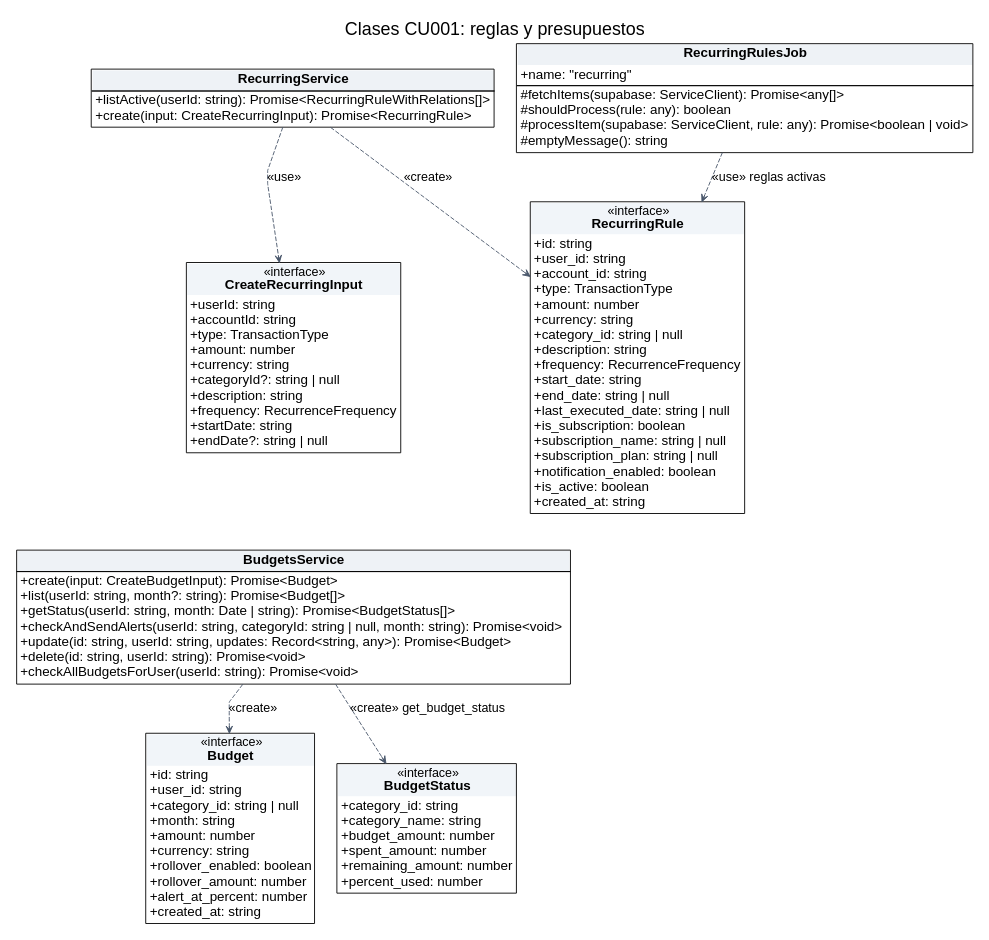
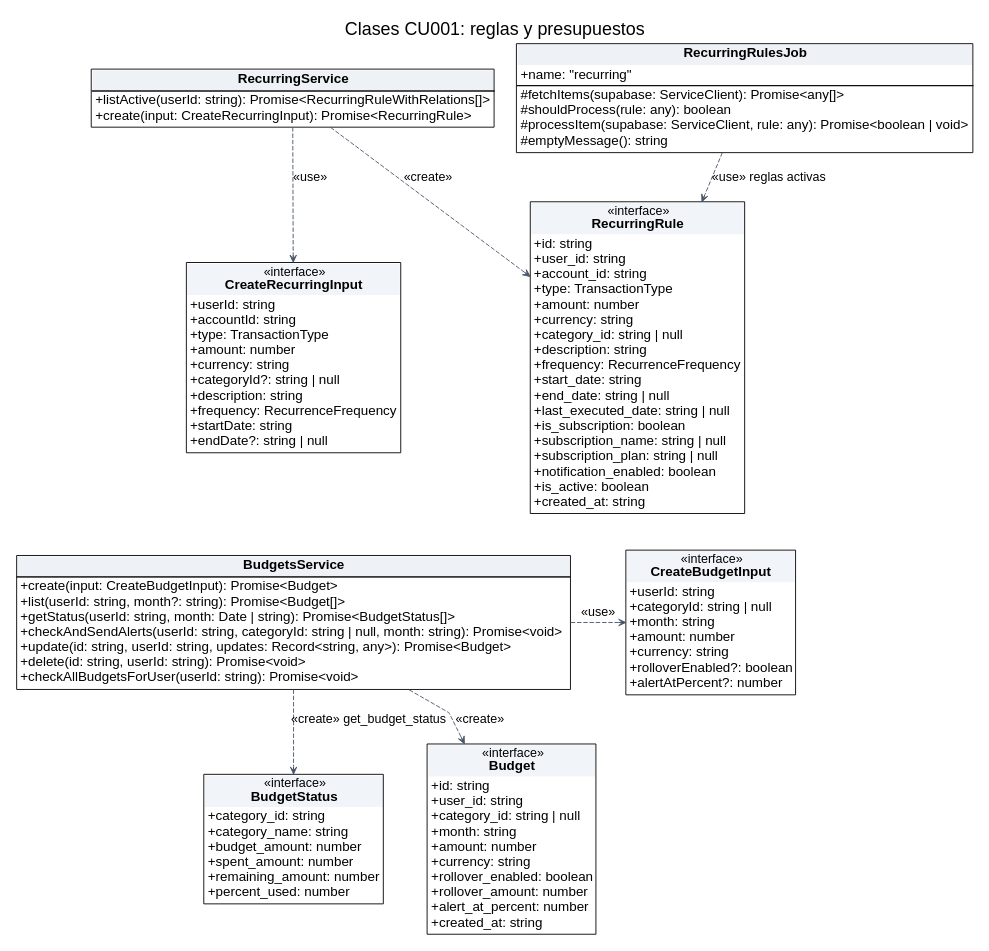
Before and after one commit to jeffreydtz/zarix: the diagram in docs/tif/v2.28/diagramas/CLASES-CU001-Automatizacion.dot, drawn with Graphviz. The commit also changed 9 other files, not shown here.

First line of the commit message:
docs(tif): alinear Fig. 14, 40 y 48 con el código de c830f85

```diff
--- a/docs/tif/v2.28/diagramas/CLASES-CU001-Automatizacion.dot
+++ b/docs/tif/v2.28/diagramas/CLASES-CU001-Automatizacion.dot
@@ -1,25 +1,28 @@
 digraph G {
 graph [rankdir=TB,bgcolor="white",fontname="Arial",pad="0.15",nodesep="0.35",ranksep="0.55",splines=polyline];
 node [fontname="Arial",fontsize=15,shape=plain];
 edge [fontname="Arial",fontsize=14,color="#475569",arrowsize=0.8];
 label="Clases CU001: reglas y presupuestos"; labelloc=t; fontsize=20;
 rs [label=<<TABLE BORDER="1" CELLBORDER="0" CELLSPACING="0" CELLPADDING="3"><TR><TD BGCOLOR="#eef2f6"><B>RecurringService</B></TD></TR><HR/><TR><TD ALIGN="LEFT" BALIGN="LEFT">+listActive(userId: string): Promise&lt;RecurringRuleWithRelations[]&gt;<BR/>+create(input: CreateRecurringInput): Promise&lt;RecurringRule&gt;</TD></TR></TABLE>>];
 cri [label=<<TABLE BORDER="1" CELLBORDER="0" CELLSPACING="0" CELLPADDING="3"><TR><TD BGCOLOR="#f1f5f9"><FONT POINT-SIZE="14">«interface»</FONT><BR/><B>CreateRecurringInput</B></TD></TR><TR><TD ALIGN="LEFT" BALIGN="LEFT">+userId: string<BR/>+accountId: string<BR/>+type: TransactionType<BR/>+amount: number<BR/>+currency: string<BR/>+categoryId?: string | null<BR/>+description: string<BR/>+frequency: RecurrenceFrequency<BR/>+startDate: string<BR/>+endDate?: string | null</TD></TR></TABLE>>];
 rr [label=<<TABLE BORDER="1" CELLBORDER="0" CELLSPACING="0" CELLPADDING="3"><TR><TD BGCOLOR="#f1f5f9"><FONT POINT-SIZE="14">«interface»</FONT><BR/><B>RecurringRule</B></TD></TR><TR><TD ALIGN="LEFT" BALIGN="LEFT">+id: string<BR/>+user_id: string<BR/>+account_id: string<BR/>+type: TransactionType<BR/>+amount: number<BR/>+currency: string<BR/>+category_id: string | null<BR/>+description: string<BR/>+frequency: RecurrenceFrequency<BR/>+start_date: string<BR/>+end_date: string | null<BR/>+last_executed_date: string | null<BR/>+is_subscription: boolean<BR/>+subscription_name: string | null<BR/>+subscription_plan: string | null<BR/>+notification_enabled: boolean<BR/>+is_active: boolean<BR/>+created_at: string</TD></TR></TABLE>>];
 rj [label=<<TABLE BORDER="1" CELLBORDER="0" CELLSPACING="0" CELLPADDING="3"><TR><TD BGCOLOR="#eef2f6"><B>RecurringRulesJob</B></TD></TR><TR><TD ALIGN="LEFT" BALIGN="LEFT">+name: "recurring"</TD></TR><HR/><TR><TD ALIGN="LEFT" BALIGN="LEFT">#fetchItems(supabase: ServiceClient): Promise&lt;any[]&gt;<BR/>#shouldProcess(rule: any): boolean<BR/>#processItem(supabase: ServiceClient, rule: any): Promise&lt;boolean | void&gt;<BR/>#emptyMessage(): string</TD></TR></TABLE>>];
 bs [label=<<TABLE BORDER="1" CELLBORDER="0" CELLSPACING="0" CELLPADDING="3"><TR><TD BGCOLOR="#eef2f6"><B>BudgetsService</B></TD></TR><HR/><TR><TD ALIGN="LEFT" BALIGN="LEFT">+create(input: CreateBudgetInput): Promise&lt;Budget&gt;<BR/>+list(userId: string, month?: string): Promise&lt;Budget[]&gt;<BR/>+getStatus(userId: string, month: Date | string): Promise&lt;BudgetStatus[]&gt;<BR/>+checkAndSendAlerts(userId: string, categoryId: string | null, month: string): Promise&lt;void&gt;<BR/>+update(id: string, userId: string, updates: Record&lt;string, any&gt;): Promise&lt;Budget&gt;<BR/>+delete(id: string, userId: string): Promise&lt;void&gt;<BR/>+checkAllBudgetsForUser(userId: string): Promise&lt;void&gt;</TD></TR></TABLE>>];
+cbi [label=<<TABLE BORDER="1" CELLBORDER="0" CELLSPACING="0" CELLPADDING="3"><TR><TD BGCOLOR="#f1f5f9"><FONT POINT-SIZE="14">«interface»</FONT><BR/><B>CreateBudgetInput</B></TD></TR><TR><TD ALIGN="LEFT" BALIGN="LEFT">+userId: string<BR/>+categoryId: string | null<BR/>+month: string<BR/>+amount: number<BR/>+currency: string<BR/>+rolloverEnabled?: boolean<BR/>+alertAtPercent?: number</TD></TR></TABLE>>];
 bu [label=<<TABLE BORDER="1" CELLBORDER="0" CELLSPACING="0" CELLPADDING="3"><TR><TD BGCOLOR="#f1f5f9"><FONT POINT-SIZE="14">«interface»</FONT><BR/><B>Budget</B></TD></TR><TR><TD ALIGN="LEFT" BALIGN="LEFT">+id: string<BR/>+user_id: string<BR/>+category_id: string | null<BR/>+month: string<BR/>+amount: number<BR/>+currency: string<BR/>+rollover_enabled: boolean<BR/>+rollover_amount: number<BR/>+alert_at_percent: number<BR/>+created_at: string</TD></TR></TABLE>>];
 bst [label=<<TABLE BORDER="1" CELLBORDER="0" CELLSPACING="0" CELLPADDING="3"><TR><TD BGCOLOR="#f1f5f9"><FONT POINT-SIZE="14">«interface»</FONT><BR/><B>BudgetStatus</B></TD></TR><TR><TD ALIGN="LEFT" BALIGN="LEFT">+category_id: string<BR/>+category_name: string<BR/>+budget_amount: number<BR/>+spent_amount: number<BR/>+remaining_amount: number<BR/>+percent_used: number</TD></TR></TABLE>>];
 rs -> cri [style=dashed,arrowhead=vee,label="«use»"];
 rs -> rr [style=dashed,arrowhead=vee,label="«create»"];
 rj -> rr [style=dashed,arrowhead=vee,label="«use» reglas activas"];
+bs -> cbi [style=dashed,arrowhead=vee,label="«use»"];
 bs -> bu [style=dashed,arrowhead=vee,label="«create»"];
 bs -> bst [style=dashed,arrowhead=vee,label="«create» get_budget_status"];
 {rank=same; rs; rj;}
 {rank=same; cri; rr;}
-{rank=same; bs;}
+{rank=same; bs; cbi;}
 {rank=same; bu; bst;}
 rs -> cri [style=invis];
 cri -> bs [style=invis];
-bs -> bu [style=invis];
+bs -> cbi [style=invis];
+cbi -> bu [style=invis];
 }
```
